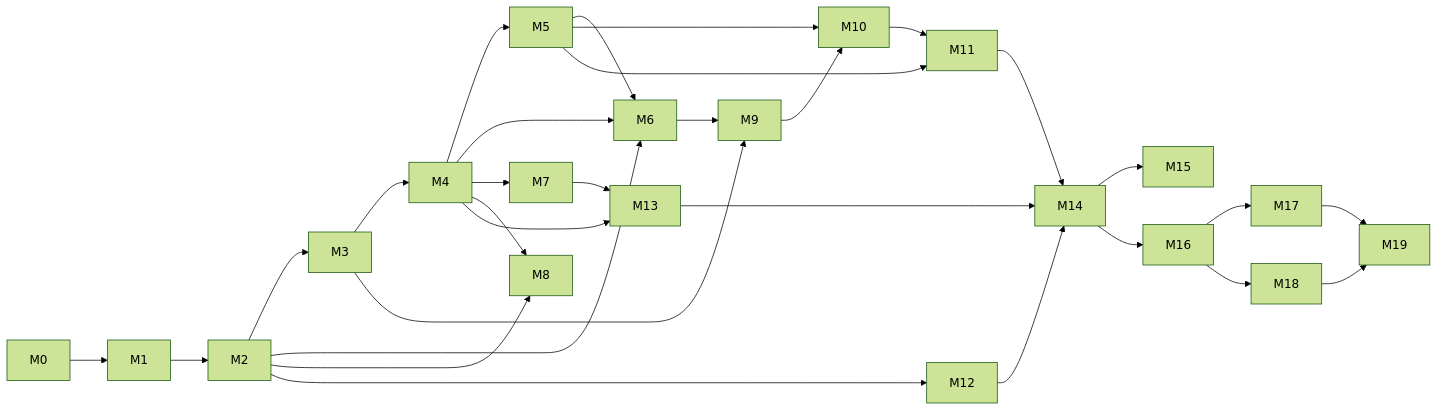
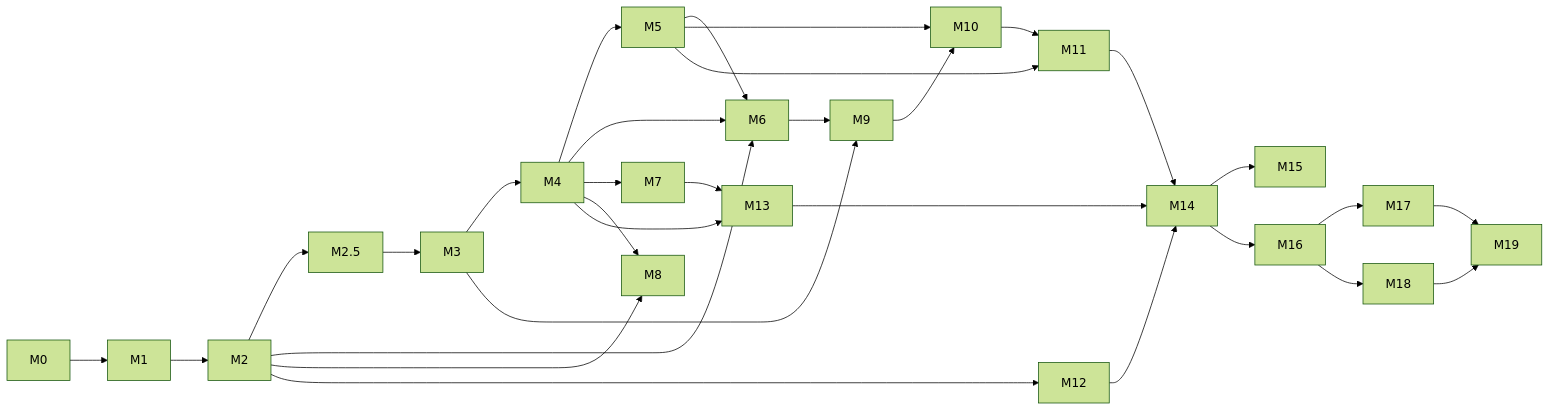
Before and after one commit to vundavallibalakrishna/agentic-runtime: the diagram in docs/09-plan/README.md, drawn with Mermaid (forest theme). The commit also changed other lines of this file and 106 other files, not shown here.

````diff
--- a/docs/09-plan/README.md
+++ b/docs/09-plan/README.md
@@ -47,28 +48,28 @@
 ```mermaid
 flowchart LR
-  M0 --> M1 --> M2 --> M3 --> M4 --> M5
+  M0 --> M1 --> M2 --> M25[M2.5] --> M3 --> M4 --> M5
   M2 --> M6
   M4 --> M6
   M5 --> M6
   M4 --> M7
   M2 --> M8
   M4 --> M8
   M3 --> M9
   M6 --> M9
   M5 --> M10
   M9 --> M10
   M5 --> M11
   M10 --> M11
   M2 --> M12
   M4 --> M13
   M7 --> M13
   M11 --> M14
   M12 --> M14
   M13 --> M14
   M14 --> M15
   M14 --> M16
   M16 --> M17
   M16 --> M18
   M17 --> M19
   M18 --> M19
 ```
````
